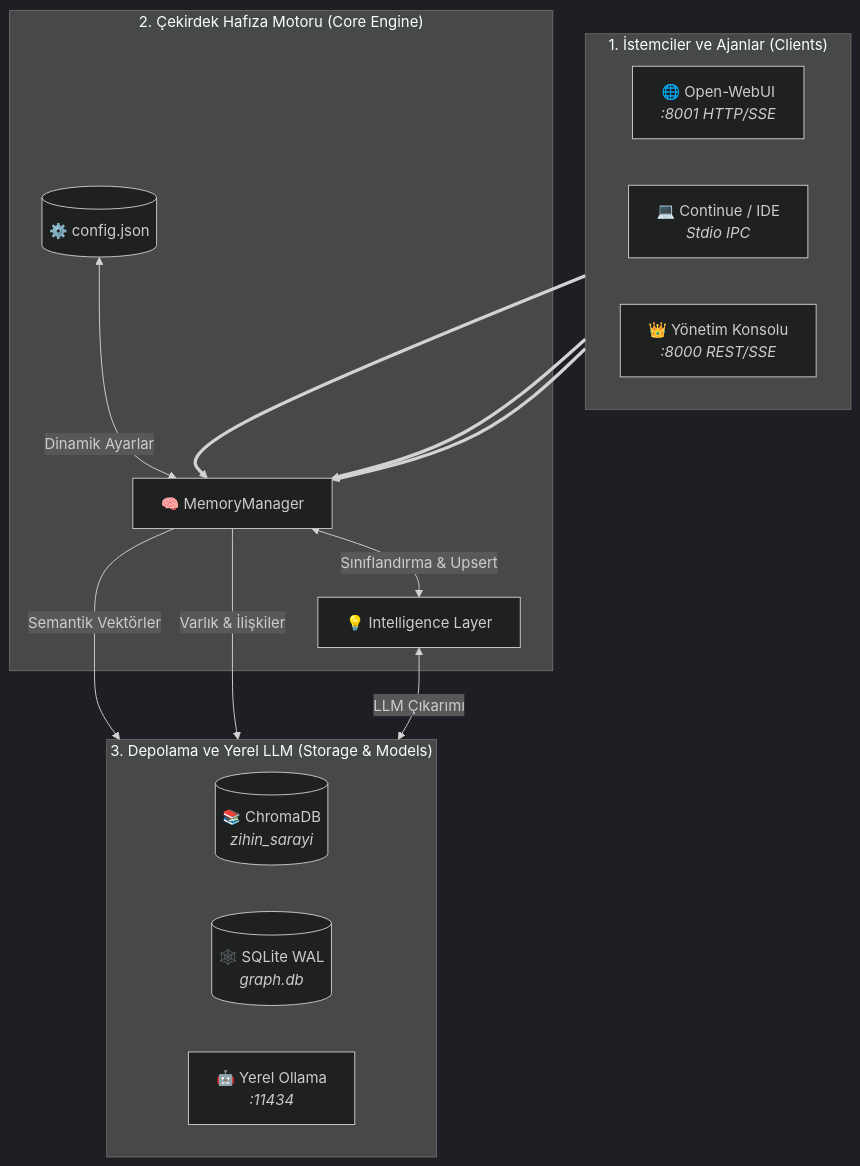
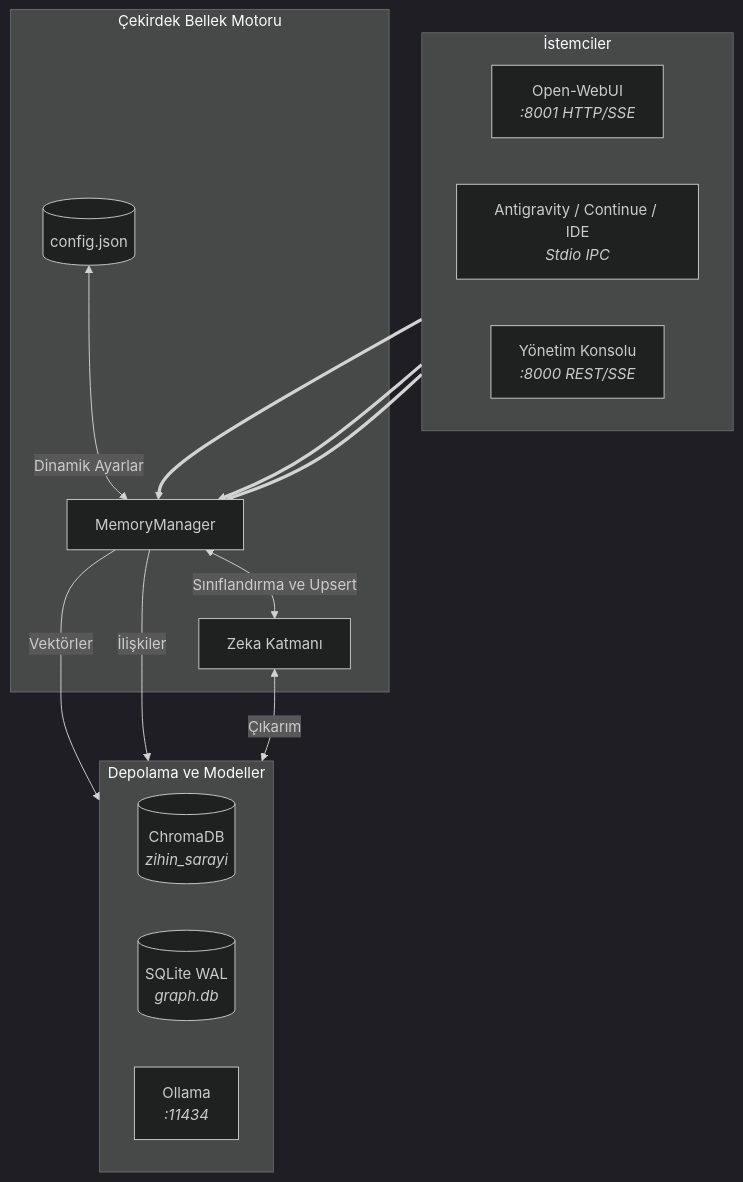
One commit to xmrah/localmind changed the diagram in README.md. Above: the diagram before and after it, drawn with Mermaid (dark theme). The commit also changed other lines of this file and 8 other files, not shown here.

````diff
--- a/README.md
+++ b/README.md
@@ -62,29 +88,29 @@
 ```mermaid
 flowchart TD
-    subgraph Clients ["1. İstemciler ve Ajanlar (Clients)"]
+    subgraph Clients ["İstemciler"]
         direction LR
-        C1["🌐 Open-WebUI<br><i>:8001 HTTP/SSE</i>"]
-        C2["💻 Continue / IDE<br><i>Stdio IPC</i>"]
-        C3["👑 Yönetim Konsolu<br><i>:8000 REST/SSE</i>"]
+        C1["Open-WebUI<br><i>:8001 HTTP/SSE</i>"]
+        C2["Antigravity / Continue / IDE<br><i>Stdio IPC</i>"]
+        C3["Yönetim Konsolu<br><i>:8000 REST/SSE</i>"]
     end
 
-    subgraph Core ["2. Çekirdek Hafıza Motoru (Core Engine)"]
-        CFG[("⚙️ config.json")] <-->|Dinamik Ayarlar| MM["🧠 MemoryManager"]
-        MM <-->|Sınıflandırma & Upsert| INT["💡 Intelligence Layer"]
+    subgraph Core ["Çekirdek Bellek Motoru"]
+        CFG[("config.json")] <-->|Dinamik Ayarlar| MM["MemoryManager"]
+        MM <-->|Sınıflandırma ve Upsert| INT["Zeka Katmanı"]
     end
 
-    subgraph Storage ["3. Depolama ve Yerel LLM (Storage & Models)"]
+    subgraph Storage ["Depolama ve Modeller"]
         direction LR
-        VDB[("📚 ChromaDB<br><i>zihin_sarayi</i>")]
-        GDB[("🕸️ SQLite WAL<br><i>graph.db</i>")]
-        OLLAMA["🤖 Yerel Ollama<br><i>:11434</i>"]
+        VDB[("ChromaDB<br><i>zihin_sarayi</i>")]
+        GDB[("SQLite WAL<br><i>graph.db</i>")]
+        OLLAMA["Ollama<br><i>:11434</i>"]
     end
 
     C1 ==> MM
     C2 ==> MM
     C3 ==> MM
 
-    MM -->|Semantik Vektörler| VDB
-    MM -->|Varlık & İlişkiler| GDB
-    INT <-->|LLM Çıkarımı| OLLAMA
+    MM -->|Vektörler| VDB
+    MM -->|İlişkiler| GDB
+    INT <-->|Çıkarım| OLLAMA
 ```
````
